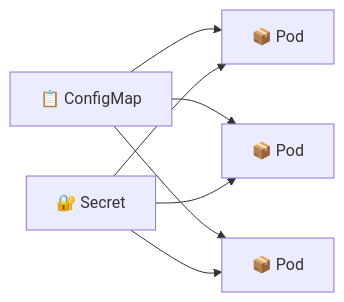
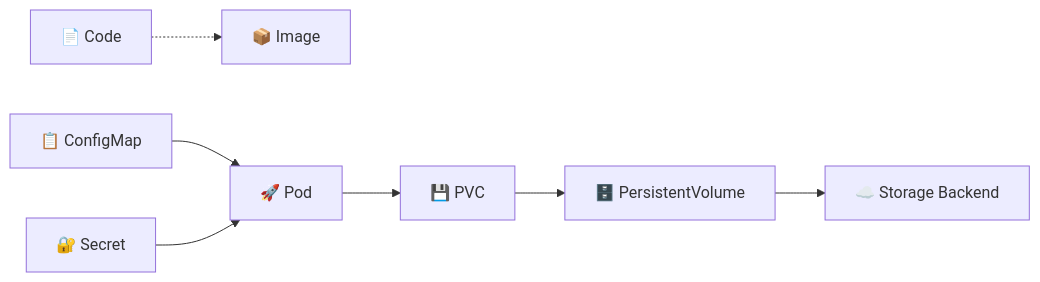
Before and after one commit to inno-devops-labs/DevOps-Core-Course: the first of 5 diagrams in lectures/lec12.md, drawn with Mermaid. The commit also changed other lines of this file and 24 other files, not shown here.

````diff
--- a/lectures/lec12.md
+++ b/lectures/lec12.md
@@ -204,10 +11,9 @@
 ```mermaid
 flowchart LR
-  A[📋 ConfigMap] --> B[📦 Pod]
-  A --> C[📦 Pod]
-  A --> D[📦 Pod]
-
-  E[🔐 Secret] --> B
-  E --> C
-  E --> D
+  Code[📄 Code] -.-> Image[📦 Image]
+  CM[📋 ConfigMap] --> Pod[🚀 Pod]
+  Sec[🔐 Secret] --> Pod
+  Pod --> PVC[💾 PVC]
+  PVC --> PV[🗄️ PersistentVolume]
+  PV --> SC[☁️ Storage Backend]
 ```
````
